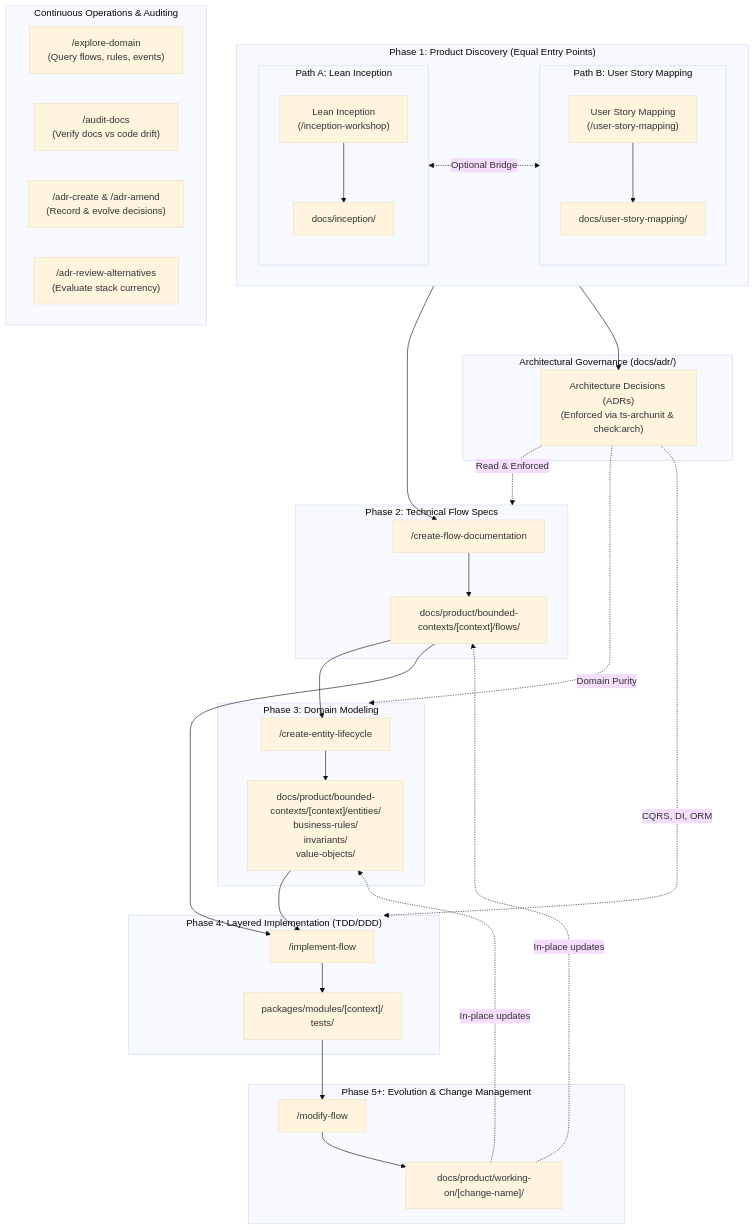
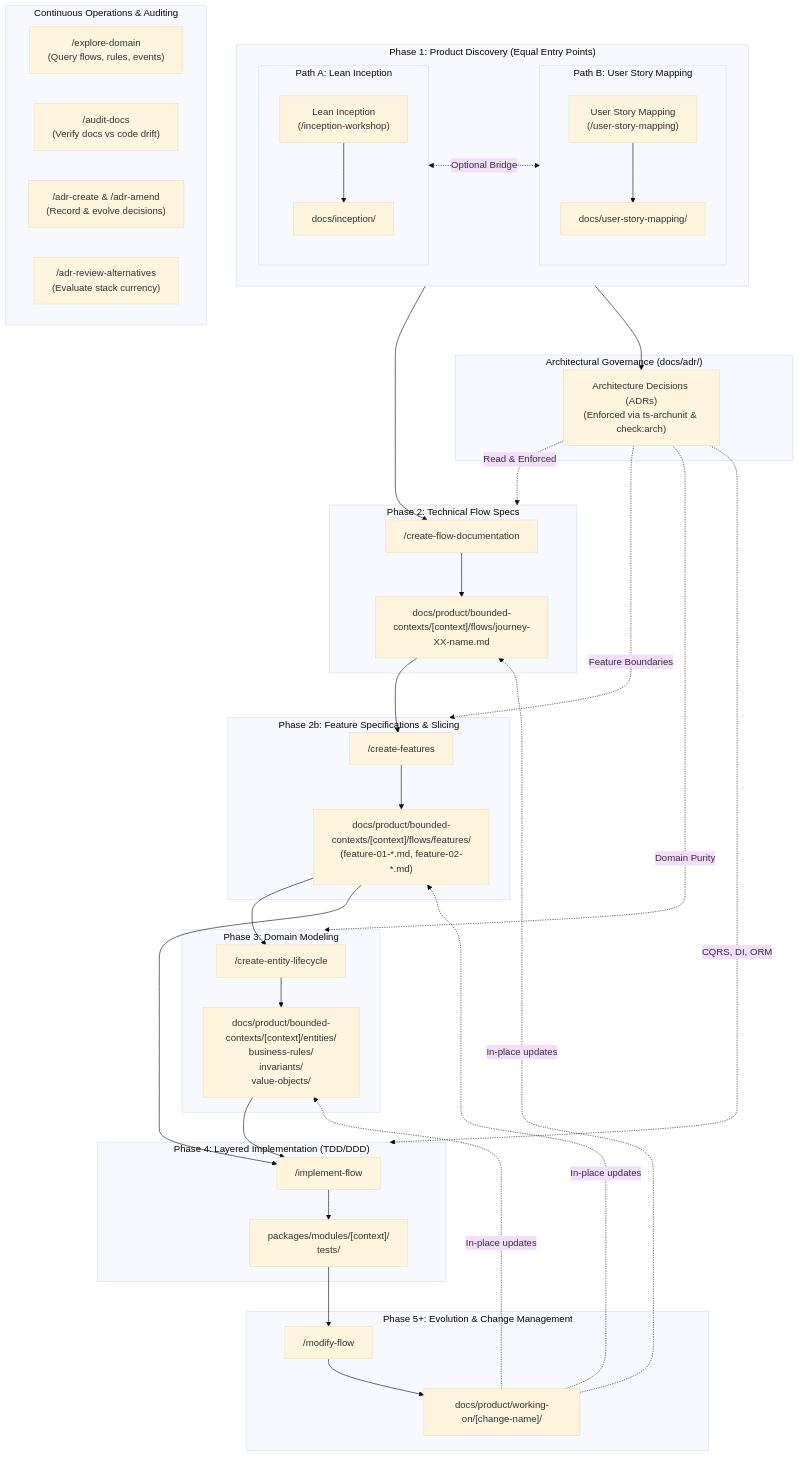
Before and after one commit to faparicior/SessioFlow: the diagram in docs/SDLC-WORKFLOW-DIRECTORY.md, drawn with Mermaid (base theme). The commit also changed other lines of this file and 13 other files, not shown here.

Commit message:
feat: add create-features skill and integrate into SDLC workflow and implementation lifecycle

````diff
--- a/docs/SDLC-WORKFLOW-DIRECTORY.md
+++ b/docs/SDLC-WORKFLOW-DIRECTORY.md
@@ -11,56 +11,62 @@
 ```mermaid
 flowchart TD
     subgraph Discovery ["Phase 1: Product Discovery (Equal Entry Points)"]
         direction LR
 
         subgraph PathA ["Path A: Lean Inception"]
             direction TB
             P1["Lean Inception\n(/inception-workshop)"] --> D1["docs/inception/"]
         end
 
         subgraph PathB ["Path B: User Story Mapping"]
             direction TB
             P1b["User Story Mapping\n(/user-story-mapping)"] --> D1b["docs/user-story-mapping/"]
         end
 
         D1 <-.->|"Optional Bridge"| D1b
     end
 
     Discovery --> P2
 
     subgraph Specs ["Phase 2: Technical Flow Specs"]
-        P2["/create-flow-documentation"] --> D2["docs/product/bounded-contexts/[context]/flows/"]
+        P2["/create-flow-documentation"] --> D2["docs/product/bounded-contexts/[context]/flows/journey-XX-name.md"]
+    end
+
+    subgraph Features ["Phase 2b: Feature Specifications & Slicing"]
+        D2 --> P2b["/create-features"]
+        P2b --> D2b["docs/product/bounded-contexts/[context]/flows/features/\n(feature-01-*.md, feature-02-*.md)"]
     end
 
     subgraph DomainModel ["Phase 3: Domain Modeling"]
-        D2 --> P3["/create-entity-lifecycle"]
+        D2b --> P3["/create-entity-lifecycle"]
         P3 --> D3["docs/product/bounded-contexts/[context]/entities/\nbusiness-rules/\ninvariants/\nvalue-objects/"]
     end
 
     subgraph Implementation ["Phase 4: Layered Implementation (TDD/DDD)"]
-        D2 & D3 --> P4["/implement-flow"]
+        D2b & D3 --> P4["/implement-flow"]
         P4 --> D4["packages/modules/[context]/\ntests/"]
     end
 
     subgraph Evolution ["Phase 5+: Evolution & Change Management"]
         D4 --> P5["/modify-flow"]
         P5 --> D5["docs/product/working-on/[change-name]/"]
-        D5 -. In-place updates .-> D2 & D3
+        D5 -. In-place updates .-> D2 & D2b & D3
     end
 
     subgraph Operations ["Continuous Operations & Auditing"]
         O1["/explore-domain\n(Query flows, rules, events)"]
         O2["/audit-docs\n(Verify docs vs code drift)"]
         O3["/adr-create & /adr-amend\n(Record & evolve decisions)"]
         O4["/adr-review-alternatives\n(Evaluate stack currency)"]
     end
 
     subgraph Architecture ["Architectural Governance (docs/adr/)"]
         ADR["Architecture Decisions (ADRs)\n(Enforced via ts-archunit & check:arch)"]
     end
 
     Discovery --> ADR
     ADR -. Read & Enforced .-> Specs
+    ADR -. Feature Boundaries .-> Features
     ADR -. Domain Purity .-> DomainModel
     ADR -. CQRS, DI, ORM .-> Implementation
 ```
````
